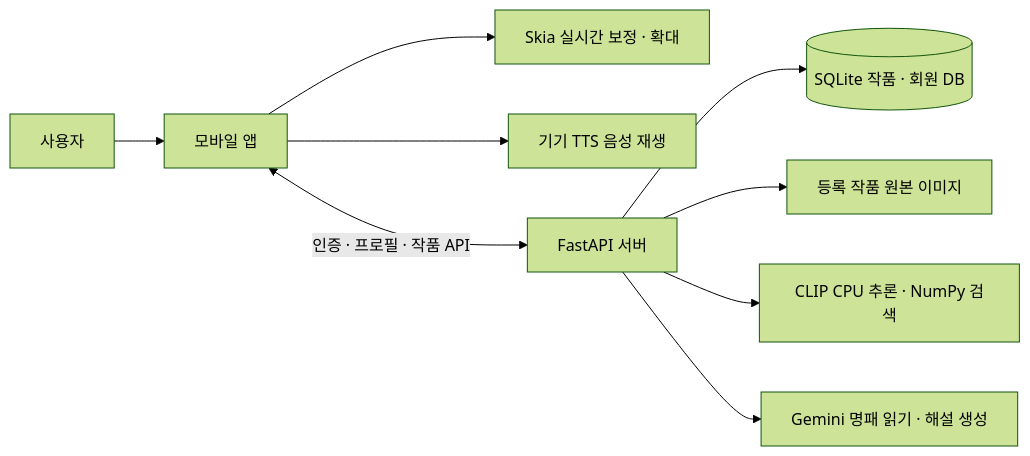
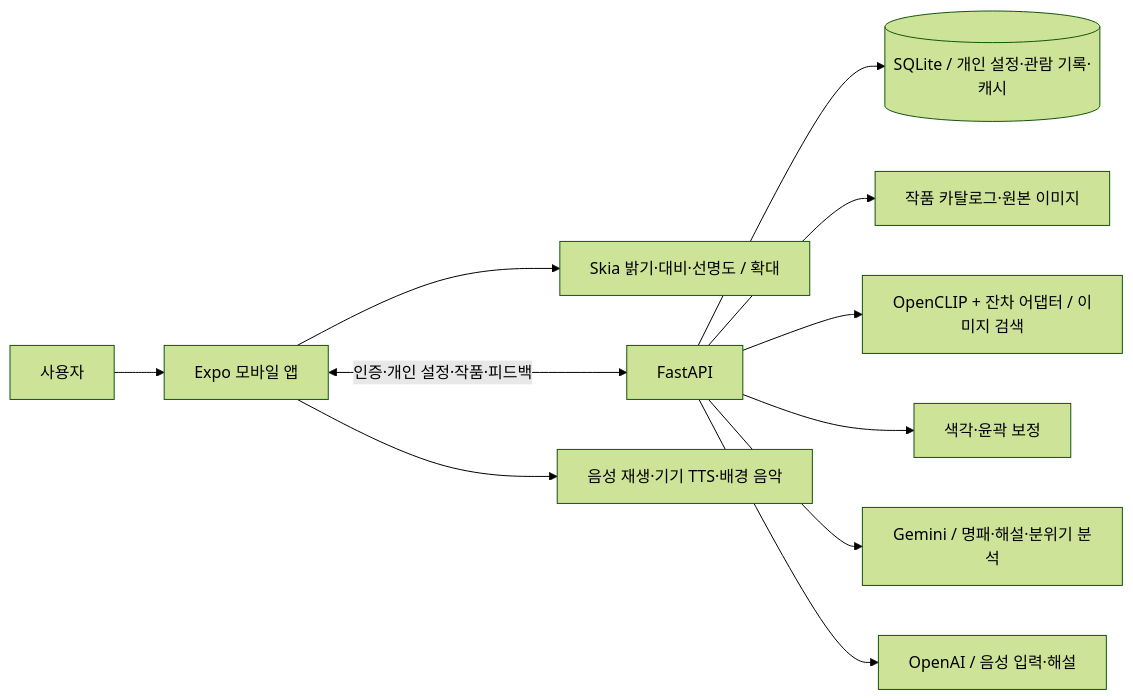
One commit to lamyoon815-byte/SWAITHON changed the diagram in README.md. Above: the diagram before and after it, drawn with Mermaid (forest theme). The commit also changed other lines of this file, not shown here.

````diff
--- a/README.md
+++ b/README.md
@@ -39,11 +39,13 @@
 ```mermaid
 flowchart LR
-    User[사용자] --> App[모바일 앱]
-    App --> View[Skia 실시간 보정 · 확대]
-    App --> Speech[기기 TTS 음성 재생]
-    App <-->|인증 · 프로필 · 작품 API| API[FastAPI 서버]
-    API --> DB[(SQLite 작품 · 회원 DB)]
-    API --> Catalog[등록 작품 원본 이미지]
-    API --> Search[CLIP CPU 추론 · NumPy 검색]
-    API --> Gemini[Gemini 명패 읽기 · 해설 생성]
+    User[사용자] --> App[Expo 모바일 앱]
+    App --> View[Skia 밝기·대비·선명도 / 확대]
+    App <-->|인증·개인 설정·작품·피드백| API[FastAPI]
+    API --> DB[(SQLite / 개인 설정·관람 기록·캐시)]
+    API --> Catalog[작품 카탈로그·원본 이미지]
+    API --> Search[OpenCLIP + 잔차 어댑터 / 이미지 검색]
+    API --> Correction[색각·윤곽 보정]
+    API --> Gemini[Gemini / 명패·해설·분위기 분석]
+    API --> Voice[OpenAI / 음성 입력·해설]
+    App --> Audio[음성 재생·기기 TTS·배경 음악]
 ```
````
